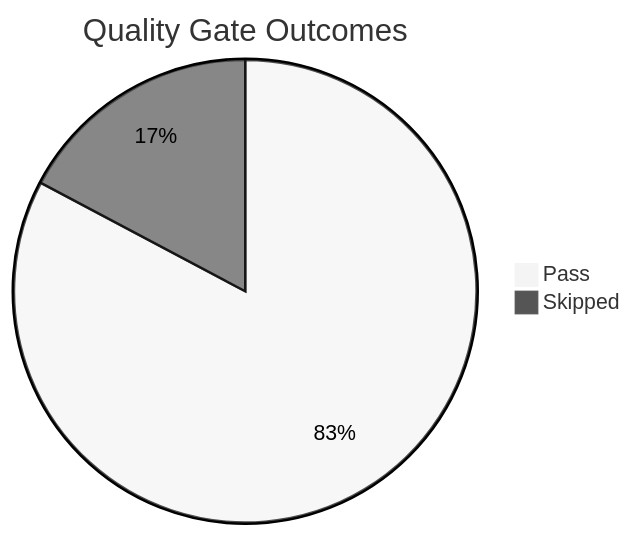
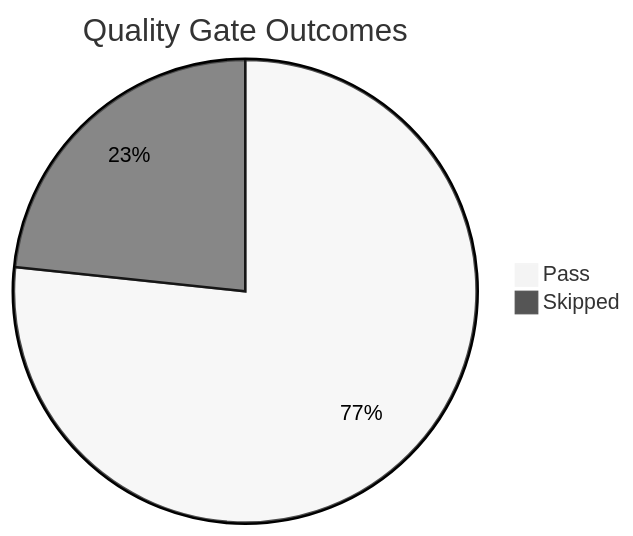
Before and after one commit to yeongseon/azure-app-service-practical-guide: the diagram in docs/meta/golden-status.md, drawn with Mermaid (neutral theme). The commit also changed other lines of this file and 12 other files, not shown here.

````diff
--- a/docs/meta/golden-status.md
+++ b/docs/meta/golden-status.md
@@ -42,5 +42,5 @@
 ```mermaid
 pie title Quality Gate Outcomes
-    "Pass" : 24
-    "Skipped" : 5
+    "Pass" : 23
+    "Skipped" : 7
 ```
````
